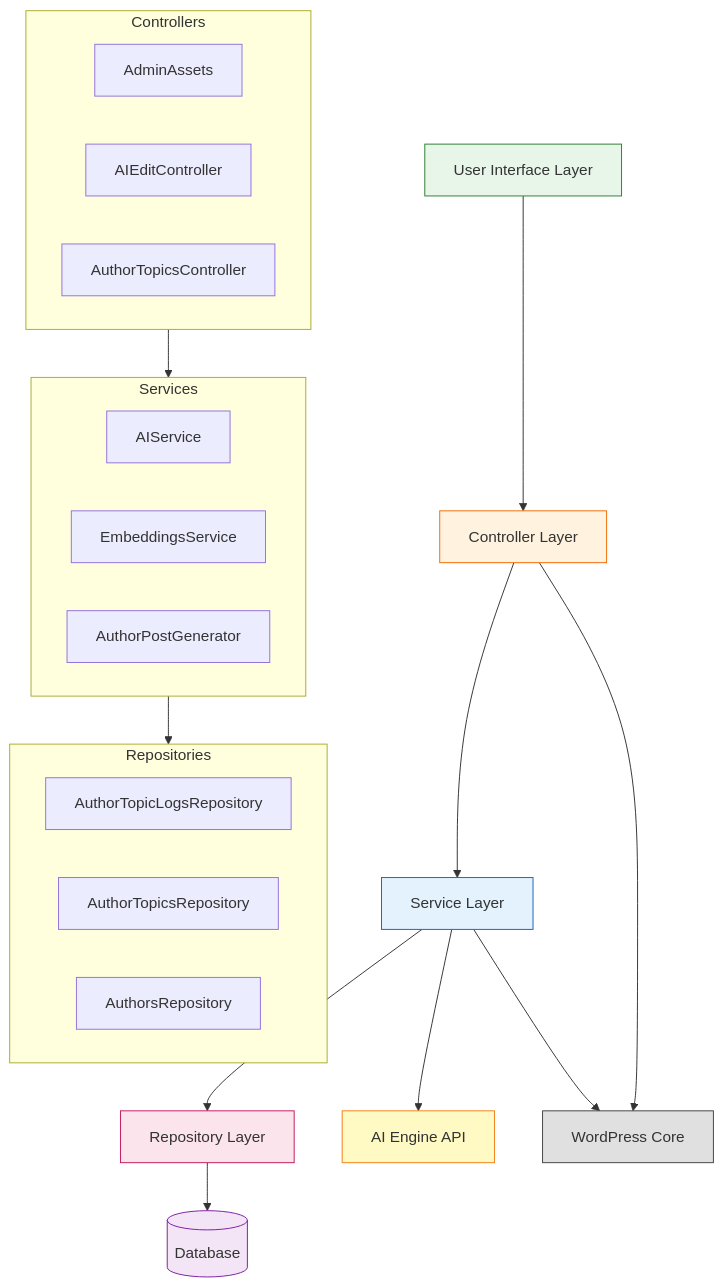
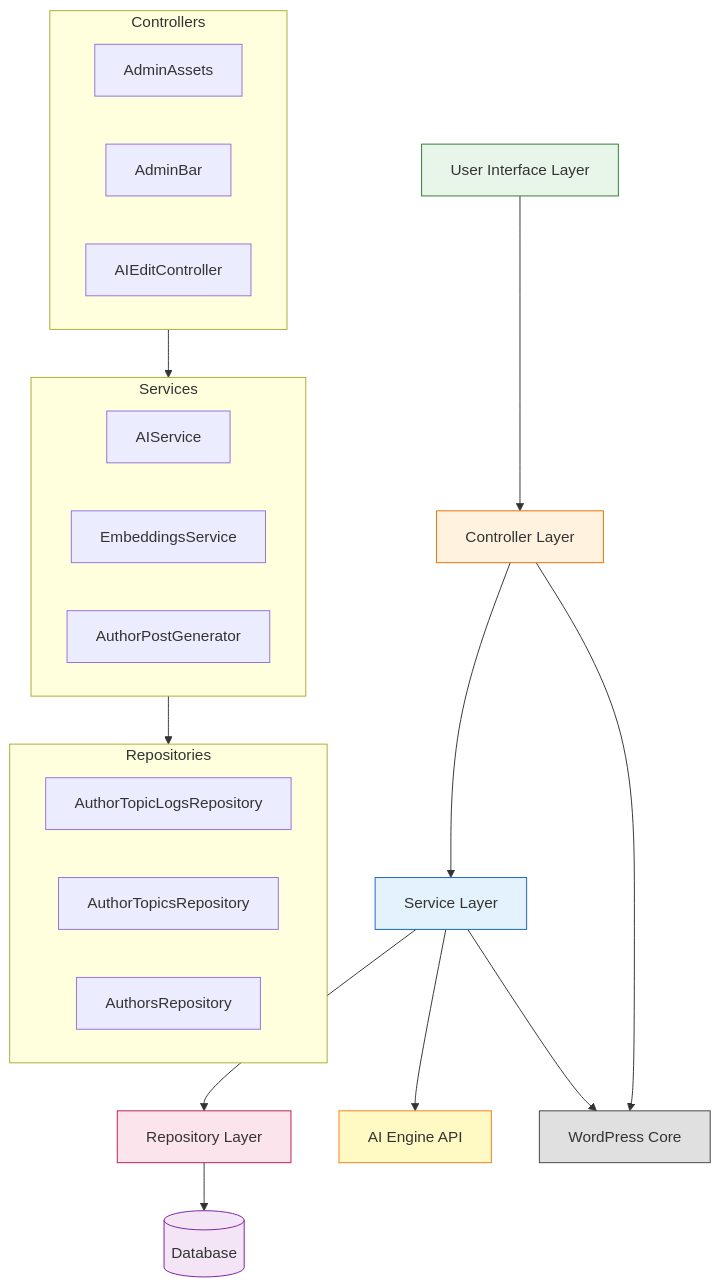
One commit to rpnunez/wp-ai-scheduler changed the first of 10 diagrams in docs/feature-report.md. Above: the diagram before and after it, drawn with Mermaid. The commit also changed other lines of this file, not shown here.

````diff
--- a/docs/feature-report.md
+++ b/docs/feature-report.md
@@ -36,49 +36,49 @@
 ```mermaid
 flowchart TB
     %% Overall Plugin Architecture
 
     UI[User Interface Layer]
     CTRL[Controller Layer]
     SVC[Service Layer]
     REPO[Repository Layer]
     DB[(Database)]
     AI[AI Engine API]
     WP[WordPress Core]
 
     UI --> CTRL
     CTRL --> SVC
     SVC --> REPO
     SVC --> AI
     REPO --> DB
     CTRL --> WP
     SVC --> WP
 
     subgraph Controllers
         AdminAssets
+        AdminBar
         AIEditController
-        AuthorTopicsController
     end
 
     subgraph Services
         AIService
         EmbeddingsService
         AuthorPostGenerator
     end
 
     subgraph Repositories
         AuthorTopicLogsRepository
         AuthorTopicsRepository
         AuthorsRepository
     end
 
     Controllers --> Services
     Services --> Repositories
 
     style UI fill:#e8f5e9,stroke:#2e7d32
     style CTRL fill:#fff3e0,stroke:#ef6c00
     style SVC fill:#e3f2fd,stroke:#1565c0
     style REPO fill:#fce4ec,stroke:#c2185b
     style DB fill:#f3e5f5,stroke:#7b1fa2
     style AI fill:#fff9c4,stroke:#f57f17
     style WP fill:#e0e0e0,stroke:#424242
 ```
````
